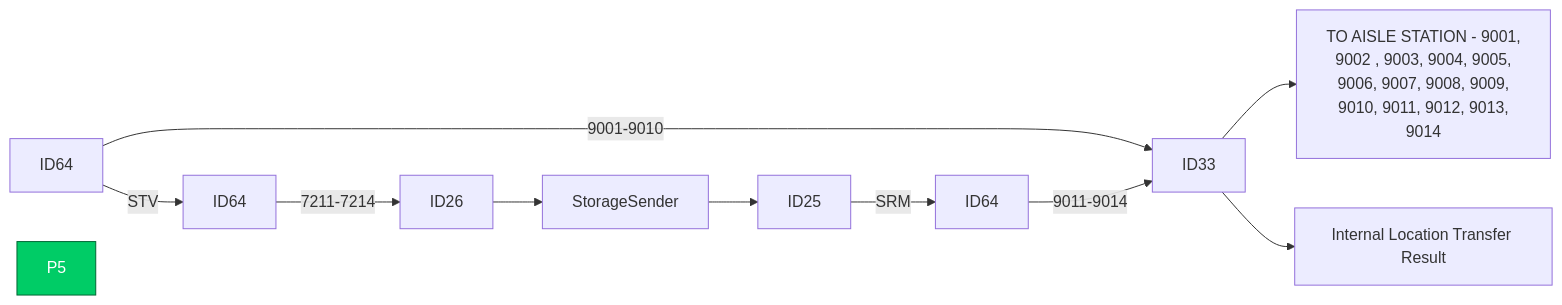
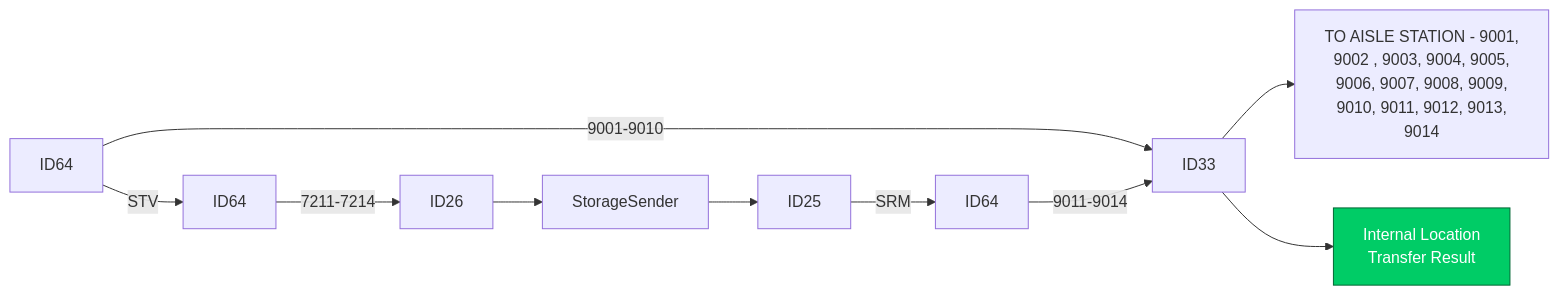
The third of 23 diagrams in Basic-Design/DFD-WMS/Retrieval/QC-Setting/QC-Work-from-Retrieval-for-QC-Start.md (luthfiadityaa/SimeDarby-Wiki), drawn with Mermaid before and after one commit.

Commit message:
Updated QC Work from Retrieval for QC Start

```diff
--- a/Basic-Design/DFD-WMS/Retrieval/QC-Setting/QC-Work-from-Retrieval-for-QC-Start.md
+++ b/Basic-Design/DFD-WMS/Retrieval/QC-Setting/QC-Work-from-Retrieval-for-QC-Start.md
@@ -30,19 +30,20 @@
 ::: mermaid
 flowchart LR 
 P18[ID64]--> |STV| P19[ID64]--> |7211-7214| P20[ID26]-->P21[StorageSender]-->P22[ID25]--> |SRM| P23[ID64]
 
 P18[ID64]--> |9001-9010| P14[ID33]
 P23[ID64]--> |9011-9014| P14[ID33]
 
 P14[ID33]-->P1[TO AISLE STATION - 9001, 
 9002 , 9003, 9004, 9005, 
 9006, 9007, 9008, 9009, 
 9010, 9011, 9012, 9013, 
 9014]
 
-P14[ID33]-->P25[Internal Location Transfer Result]
+P14[ID33]-->P25[Internal Location 
+Transfer Result]
 
 click P25 "https://dev.azure.com/Daifuku-SW/ID_SimeDarbyPlantation/_wiki/wikis/ID_SimeDarbyPlantation.wiki/844/Internal-Location-Transfer-Result" "Go to ID26"
-style P5 fill:#00cc66,stroke:#006633,color:#ffffff
+style P25 fill:#00cc66,stroke:#006633,color:#ffffff
 
 :::
```
